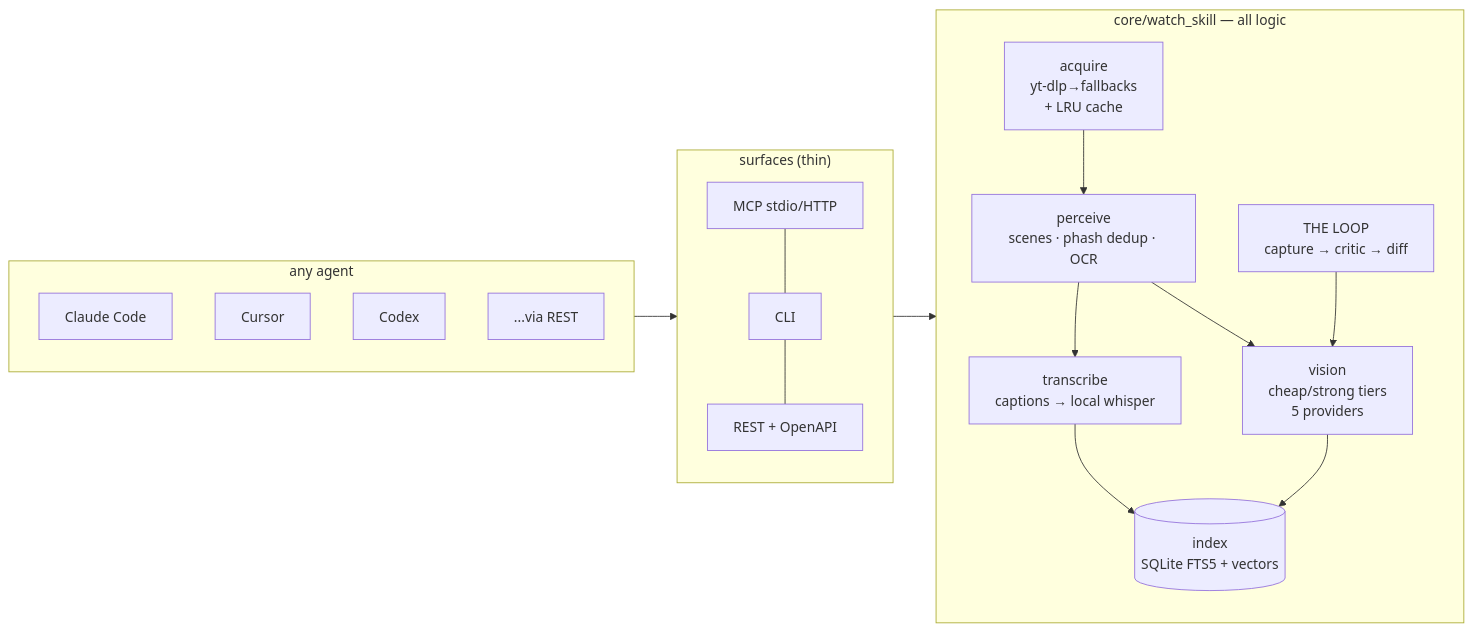
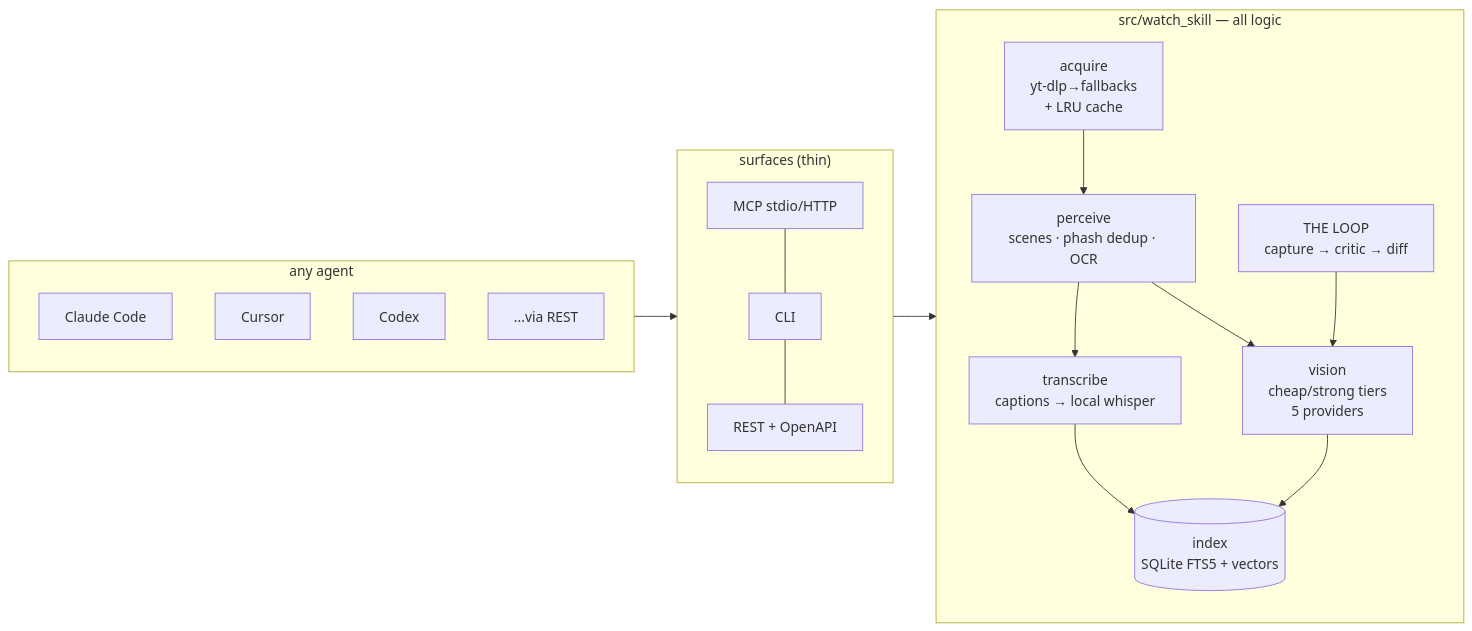
One commit to oxbshw/watch-skill changed the diagram in README.md. Above: the diagram before and after it, drawn with Mermaid. The commit also changed other lines of this file and 106 other files, not shown here.

````diff
--- a/README.md
+++ b/README.md
@@ -83,18 +83,18 @@
 ```mermaid
 flowchart LR
     subgraph agents["any agent"]
         CC[Claude Code] & CU[Cursor] & CX[Codex] & GA["...via REST"]
     end
     subgraph surfaces["surfaces (thin)"]
         MCP[MCP stdio/HTTP] --- CLI[CLI] --- API[REST + OpenAPI]
     end
-    subgraph core["core/watch_skill — all logic"]
+    subgraph core["src/watch_skill — all logic"]
         AC[acquire<br/>yt-dlp→fallbacks<br/>+ LRU cache] --> PE[perceive<br/>scenes · phash dedup · OCR]
         PE --> TR[transcribe<br/>captions → local whisper]
         TR --> IX[(index<br/>SQLite FTS5 + vectors)]
         PE --> VI[vision<br/>cheap/strong tiers<br/>5 providers]
         VI --> IX
         LP[THE LOOP<br/>capture → critic → diff] --> VI
     end
     agents --> surfaces --> core
 ```
````
